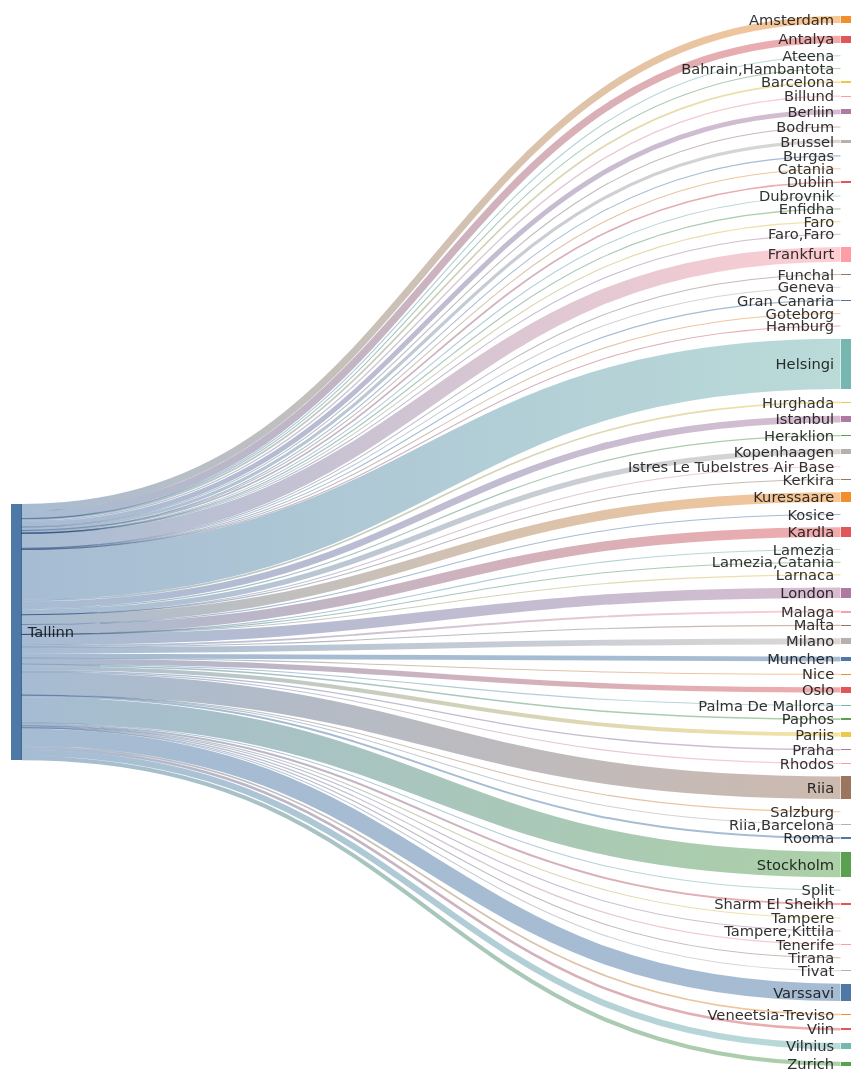
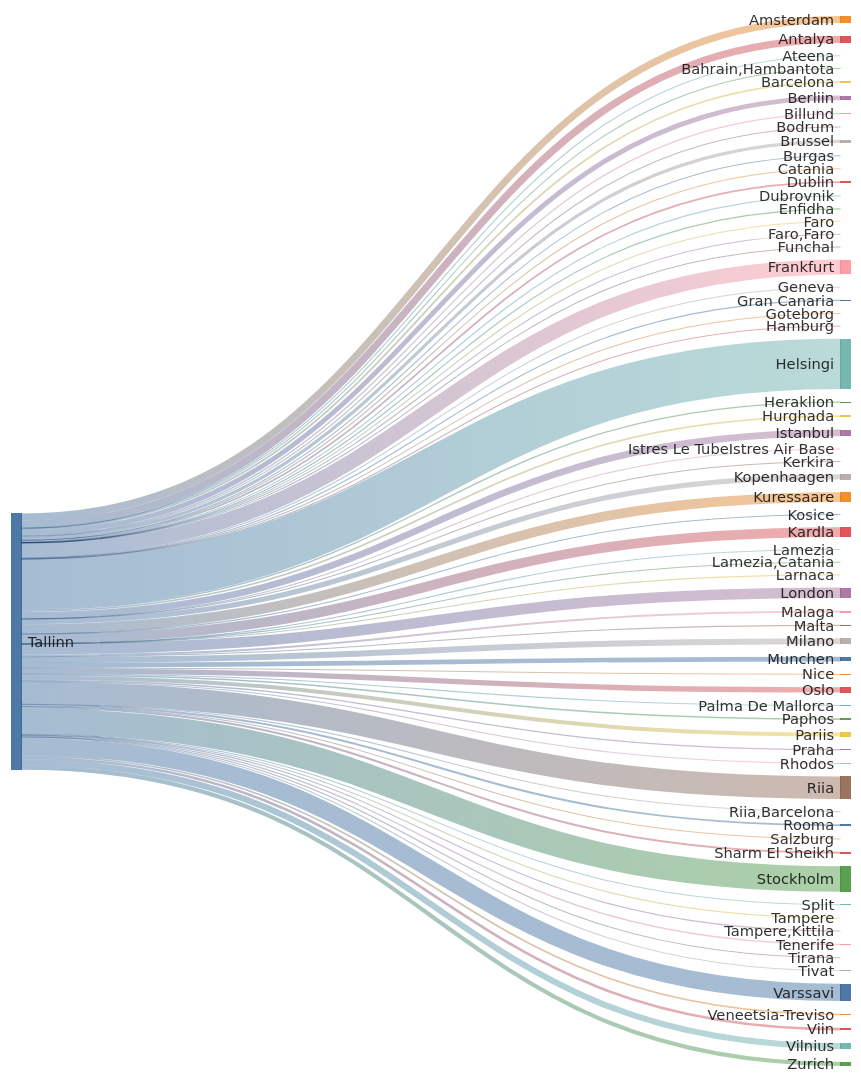
One commit to rainermesi/tll-airport-departures changed the second of 2 diagrams in README.md. Above: the diagram before and after it, drawn with Mermaid. The commit also changed other lines of this file, not shown here.

````diff
--- a/README.md
+++ b/README.md
@@ -34,77 +34,77 @@
 ```mermaid
 ---
 config:
   sankey:
     showValues: false
     width: 800
     height: 1000
 ---
 sankey-beta
 %% source,target,value
-Tallinn,Amsterdam,266
+Tallinn,Amsterdam,268
 Tallinn,Antalya,274
 Tallinn,Ateena,16
 Tallinn,"Bahrain,Hambantota",1
-Tallinn,Barcelona,66
+Tallinn,Barcelona,67
 Tallinn,Berliin,183
 Tallinn,Billund,49
 Tallinn,Bodrum,11
-Tallinn,Brussel,120
+Tallinn,Brussel,121
 Tallinn,Burgas,21
 Tallinn,Catania,2
 Tallinn,Dublin,62
 Tallinn,Dubrovnik,21
 Tallinn,Enfidha,7
 Tallinn,Faro,4
 Tallinn,"Faro,Faro",1
-Tallinn,Frankfurt,559
+Tallinn,Frankfurt,562
 Tallinn,Funchal,5
 Tallinn,Geneva,10
 Tallinn,Gran Canaria,32
 Tallinn,Goteborg,1
 Tallinn,Hamburg,1
-Tallinn,Helsingi,1892
+Tallinn,Helsingi,1901
 Tallinn,Heraklion,46
 Tallinn,Hurghada,61
-Tallinn,Istanbul,252
+Tallinn,Istanbul,253
 Tallinn,Istres Le TubeIstres Air Base,2
 Tallinn,Kerkira,4
-Tallinn,Kopenhaagen,200
+Tallinn,Kopenhaagen,201
 Tallinn,Kosice,1
-Tallinn,Kuressaare,367
-Tallinn,Kardla,367
+Tallinn,Kuressaare,369
+Tallinn,Kardla,369
 Tallinn,Lamezia,1
 Tallinn,"Lamezia,Catania",3
 Tallinn,Larnaca,4
-Tallinn,London,395
-Tallinn,Malaga,73
+Tallinn,London,397
+Tallinn,Malaga,74
 Tallinn,Malta,15
-Tallinn,Milano,225
+Tallinn,Milano,226
 Tallinn,Munchen,175
 Tallinn,Nice,25
-Tallinn,Oslo,201
+Tallinn,Oslo,202
 Tallinn,Palma De Mallorca,19
 Tallinn,Paphos,60
-Tallinn,Pariis,151
+Tallinn,Pariis,152
 Tallinn,Praha,49
 Tallinn,Rhodos,32
-Tallinn,Riia,848
+Tallinn,Riia,852
 Tallinn,"Riia,Barcelona",1
 Tallinn,Rooma,74
 Tallinn,Salzburg,11
 Tallinn,Sharm El Sheikh,76
 Tallinn,Split,25
-Tallinn,Stockholm,960
+Tallinn,Stockholm,965
 Tallinn,Tampere,17
 Tallinn,"Tampere,Kittila",16
 Tallinn,Tenerife,49
 Tallinn,Tirana,8
 Tallinn,Tivat,26
-Tallinn,Varssavi,652
+Tallinn,Varssavi,654
 Tallinn,Veneetsia-Treviso,61
 Tallinn,Viin,97
-Tallinn,Vilnius,232
-Tallinn,Zurich,155
+Tallinn,Vilnius,234
+Tallinn,Zurich,156
 
 
 ```
````
